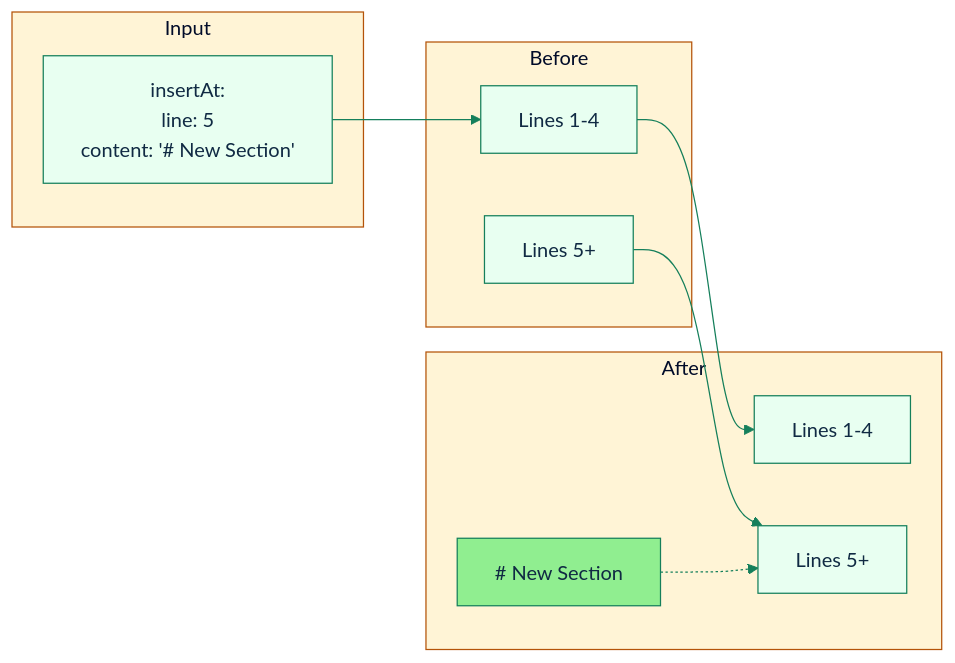
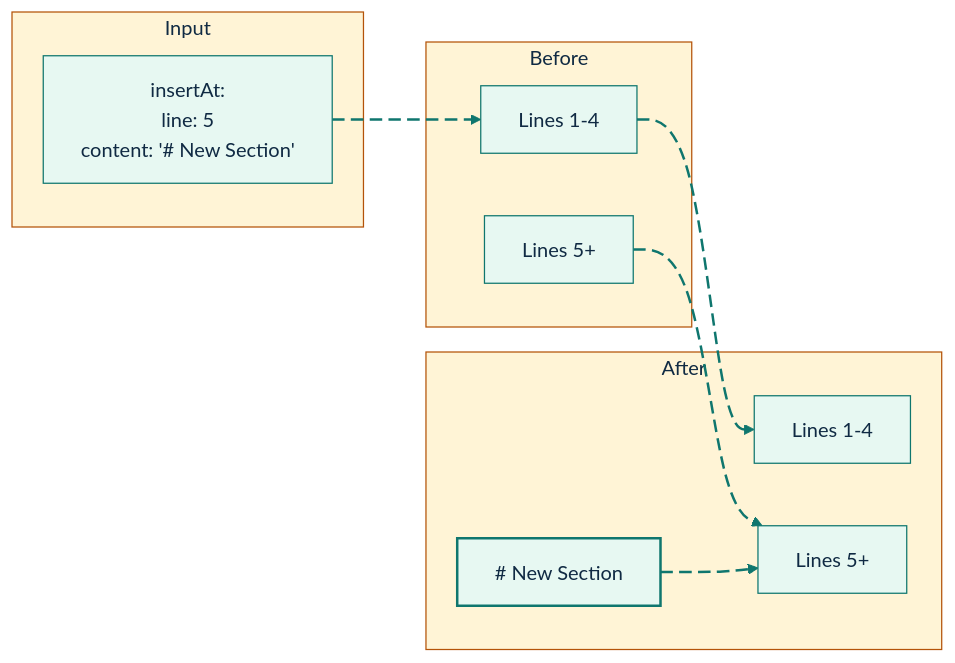
Before and after one commit to GlitterKill/sdl-mcp: the sixth of 8 diagrams in docs/file-write-tool.md, drawn with Mermaid. The commit also changed other lines of this file and 33 other files, not shown here.

First line of the commit message:
docs: update mermaid diagram themes and styling across documentation

````diff
--- a/docs/file-write-tool.md
+++ b/docs/file-write-tool.md
@@ -310,23 +359,32 @@
 ```mermaid
-%%{init: {"theme":"base","themeVariables":{"primaryColor":"#e8fff1","primaryBorderColor":"#157f5b","primaryTextColor":"#102a43","secondaryColor":"#eef6ff","secondaryBorderColor":"#2563eb","tertiaryColor":"#fff4d6","tertiaryBorderColor":"#b45309","lineColor":"#157f5b","fontFamily":"Trebuchet MS, Arial"},"flowchart":{"curve":"basis"}}}%%
+%%{init: {"theme":"base","themeVariables":{"background":"#ffffff","primaryColor":"#E7F8F2","primaryBorderColor":"#0F766E","primaryTextColor":"#102A43","secondaryColor":"#E8F1FF","secondaryBorderColor":"#2563EB","secondaryTextColor":"#102A43","tertiaryColor":"#FFF4D6","tertiaryBorderColor":"#B45309","tertiaryTextColor":"#102A43","lineColor":"#0F766E","textColor":"#102A43","fontFamily":"Inter, ui-sans-serif, system-ui, -apple-system, BlinkMacSystemFont, Segoe UI, sans-serif"},"flowchart":{"curve":"basis","htmlLabels":true}}}%%
 flowchart LR
     subgraph Input
         A["insertAt:\n  line: 5\n  content: '# New Section'"]
     end
     subgraph "Before"
         B1[Lines 1-4]
         B2[Lines 5+]
     end
     subgraph "After"
         C1[Lines 1-4]
         C2["# New Section"]
         C3[Lines 5+]
     end
 
-    A --> B1
-    B1 --> C1
-    B2 --> C3
-    C2 -.-> C3
+    A e1@--> B1
+    B1 e2@--> C1
+    B2 e3@--> C3
+    C2 e4@-.-> C3
 
-    style C2 fill:#90EE90
+    style C2 fill:#E7F8F2,stroke:#0F766E,stroke-width:2px,color:#102A43
+
+    classDef source fill:#E7F8F2,stroke:#0F766E,stroke-width:2px,color:#102A43;
+    classDef process fill:#E8F1FF,stroke:#2563EB,stroke-width:2px,color:#102A43;
+    classDef decision fill:#FFF4D6,stroke:#B45309,stroke-width:2px,color:#102A43;
+    classDef storage fill:#F2E8FF,stroke:#7C3AED,stroke-width:2px,color:#102A43;
+    classDef output fill:#FFE8EF,stroke:#BE123C,stroke-width:2px,color:#102A43;
+    classDef muted fill:#F8FAFC,stroke:#64748B,stroke-width:1px,color:#102A43;
+    classDef animate stroke:#0F766E,stroke-width:2px,stroke-dasharray:10\,5,stroke-dashoffset:900,animation:dash 22s linear infinite;
+    class e1,e2,e3,e4 animate;
 ```
````
